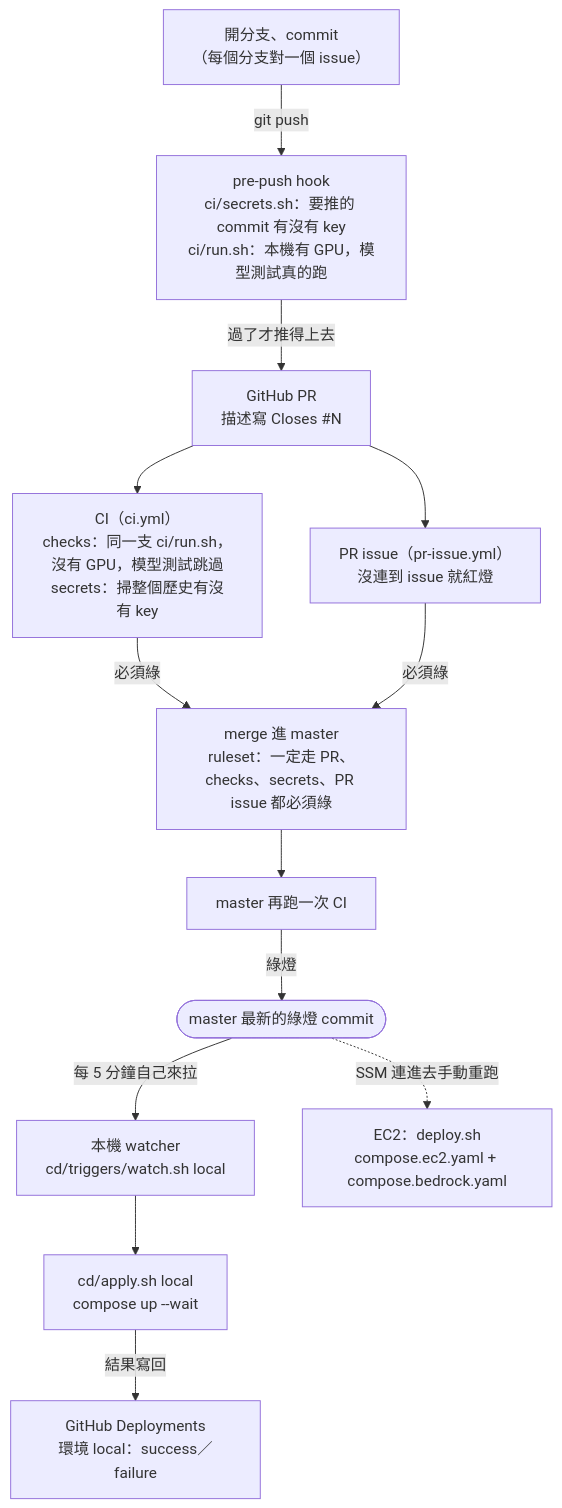
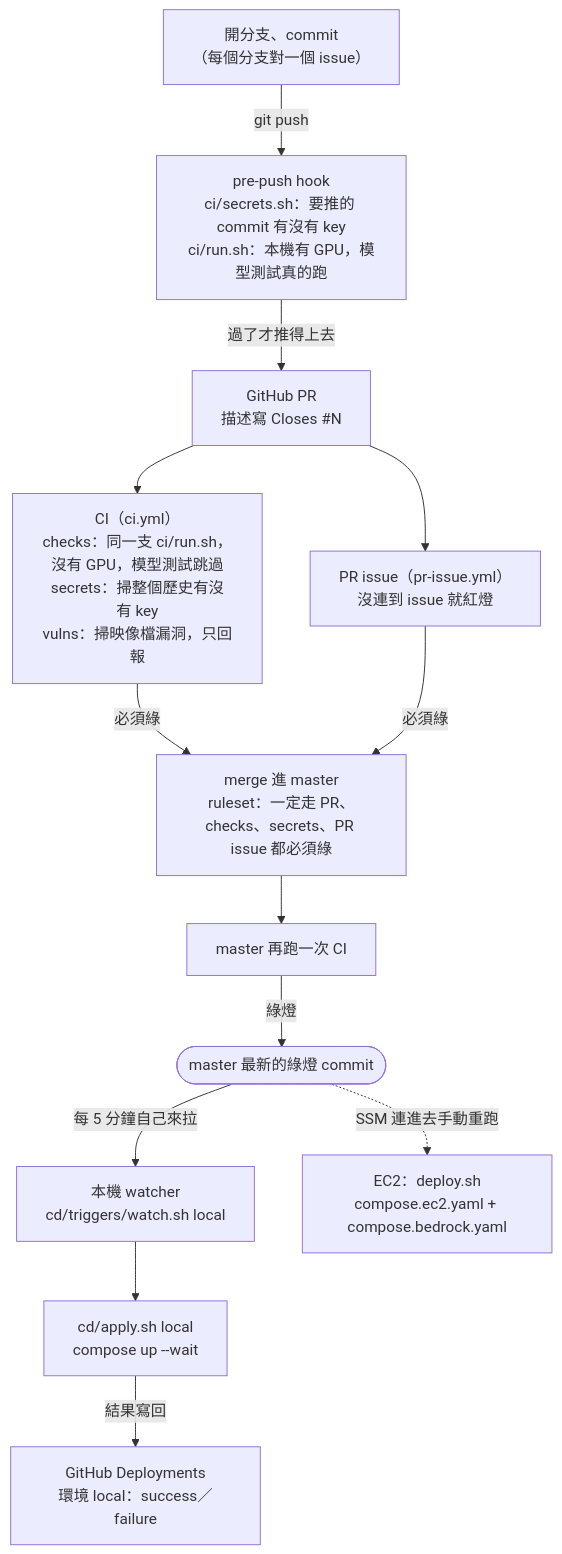
One commit to Anderson-chen/talkcal changed the fifth of 5 diagrams in docs/architecture.md. Above: the diagram before and after it, drawn with Mermaid. The commit also changed other lines of this file and 4 other files, not shown here.

````diff
--- a/docs/architecture.md
+++ b/docs/architecture.md
@@ -94,15 +94,15 @@
 ```mermaid
 flowchart TB
     dev["開分支、commit<br/>（每個分支對一個 issue）"] -->|"git push"| hook["pre-push hook<br/>ci/secrets.sh：要推的 commit 有沒有 key<br/>ci/run.sh：本機有 GPU，模型測試真的跑"]
     hook -->|"過了才推得上去"| pr["GitHub PR<br/>描述寫 Closes #N"]
-    pr --> ci["CI（ci.yml）<br/>checks：同一支 ci/run.sh，沒有 GPU，模型測試跳過<br/>secrets：掃整個歷史有沒有 key"]
+    pr --> ci["CI（ci.yml）<br/>checks：同一支 ci/run.sh，沒有 GPU，模型測試跳過<br/>secrets：掃整個歷史有沒有 key<br/>vulns：掃映像檔漏洞，只回報"]
     pr --> prissue["PR issue（pr-issue.yml）<br/>沒連到 issue 就紅燈"]
     ci -->|"必須綠"| merge["merge 進 master<br/>ruleset：一定走 PR、checks、secrets、PR issue 都必須綠"]
     prissue -->|"必須綠"| merge
     merge --> masterci["master 再跑一次 CI"]
     masterci -->|"綠燈"| green(["master 最新的綠燈 commit"])
     green -->|"每 5 分鐘自己來拉"| watch["本機 watcher<br/>cd/triggers/watch.sh local"]
     watch --> applyl["cd/apply.sh local<br/>compose up --wait"]
     applyl -->|"結果寫回"| deployments["GitHub Deployments<br/>環境 local：success／failure"]
     green -.->|"SSM 連進去手動重跑"| ec2["EC2：deploy.sh<br/>compose.ec2.yaml + compose.bedrock.yaml"]
 ```
````
